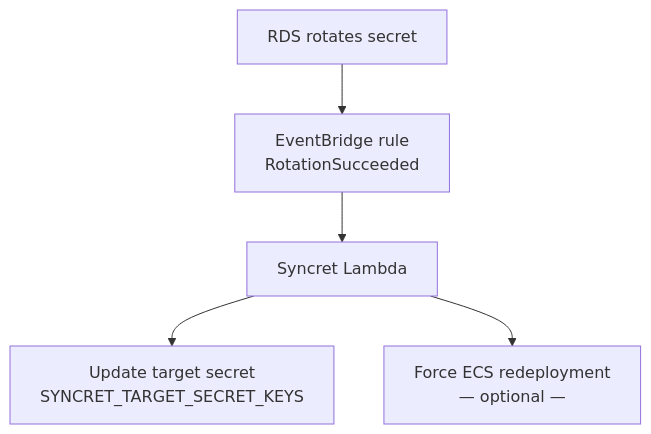
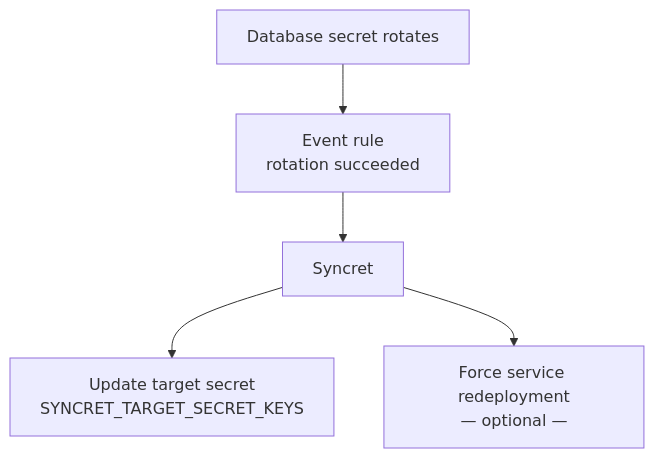
The first of 2 diagrams in docs/index.md (fayrus/syncret), drawn with Mermaid before and after one commit. The commit also changed other lines of this file and 11 other files, not shown here.

````diff
--- a/docs/index.md
+++ b/docs/index.md
@@ -15,7 +15,7 @@
 ```mermaid
 flowchart TD
-    A[RDS rotates secret] --> B["EventBridge rule\nRotationSucceeded"]
-    B --> C[Syncret Lambda]
+    A[Database secret rotates] --> B["Event rule\nrotation succeeded"]
+    B --> C[Syncret]
     C --> D["Update target secret\nSYNCRET_TARGET_SECRET_KEYS"]
-    C --> E["Force ECS redeployment\n— optional —"]
+    C --> E["Force service redeployment\n— optional —"]
 ```
````
